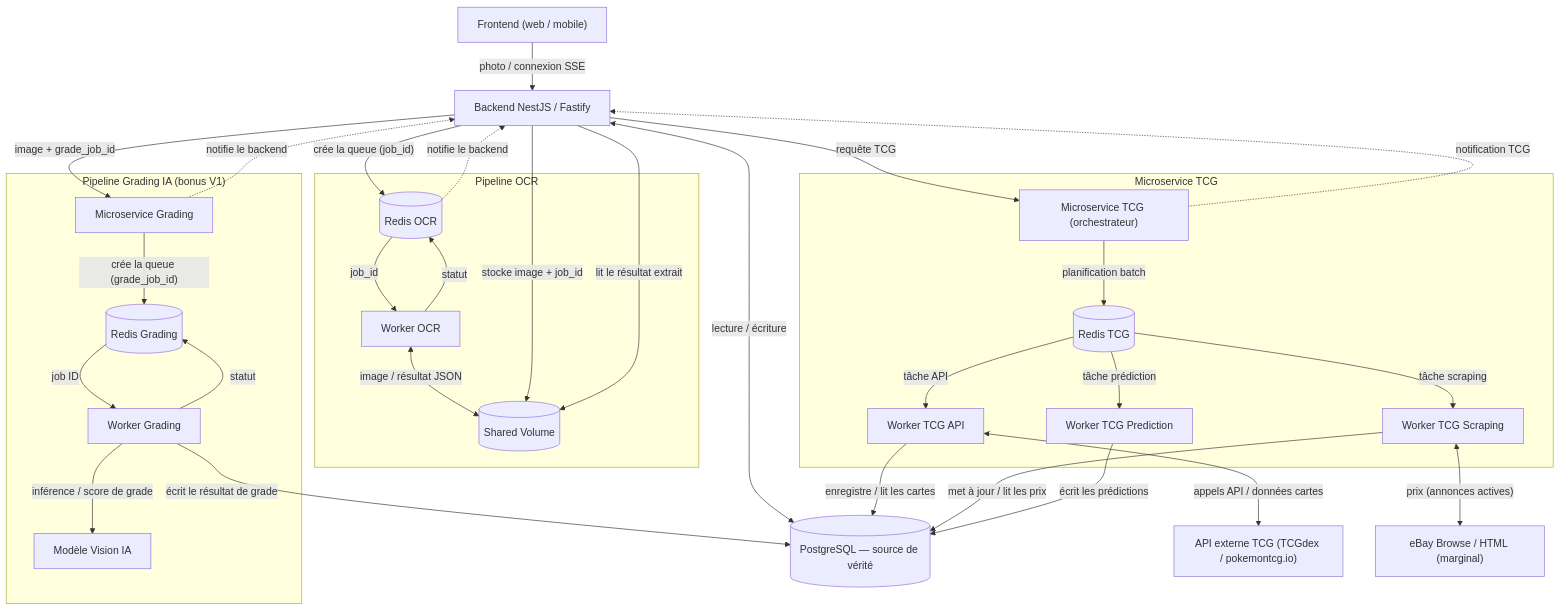
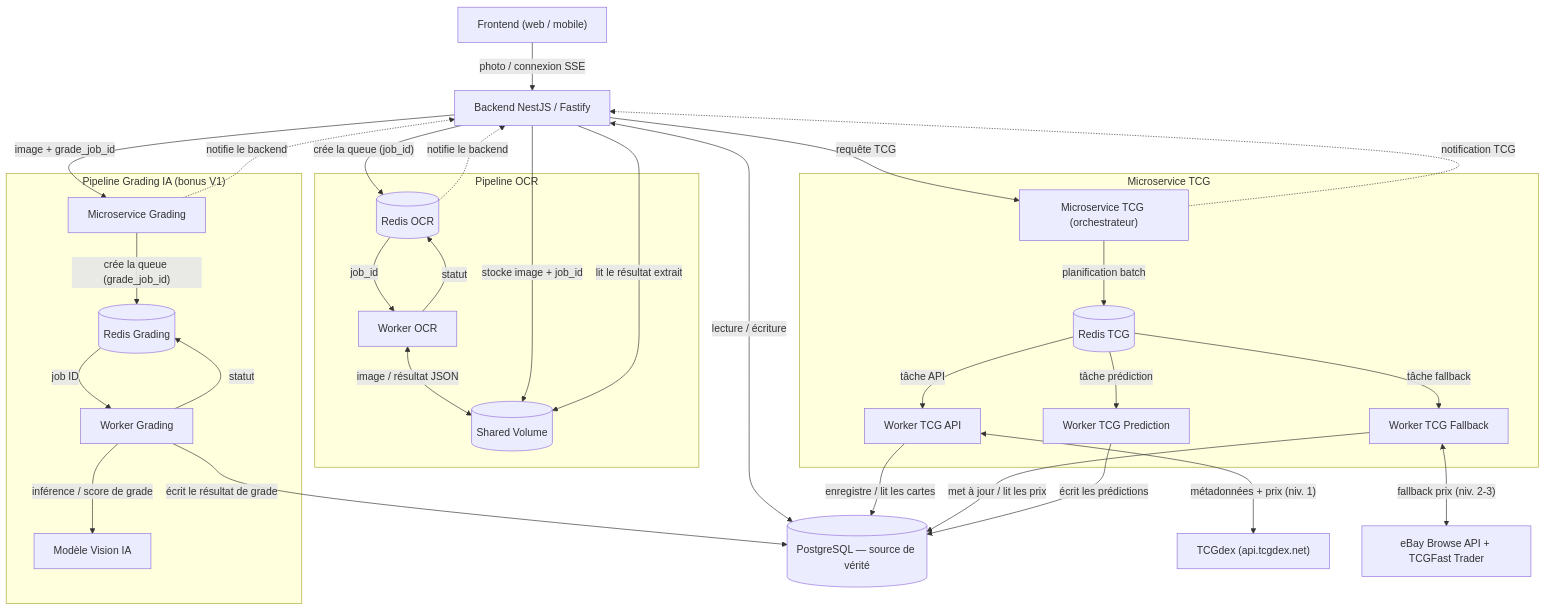
The diagram in docs/microservices/architecture_microservices.md (Collectionr/collectionr_epitech), drawn with Mermaid before and after one commit. The commit also changed other lines of this file and 5 other files, not shown here.

````diff
--- a/docs/microservices/architecture_microservices.md
+++ b/docs/microservices/architecture_microservices.md
@@ -35,55 +35,55 @@
 ```mermaid
 flowchart TB
     FE["Frontend (web / mobile)"]
     BE["Backend NestJS / Fastify"]
     DB[("PostgreSQL — source de vérité")]
 
     FE -->|"photo / connexion SSE"| BE
     BE <-->|"lecture / écriture"| DB
 
     subgraph TCG["Microservice TCG"]
         MTCG["Microservice TCG (orchestrateur)"]
         RTCG[("Redis TCG")]
         WAPI["Worker TCG API"]
-        WSCR["Worker TCG Scraping"]
+        WSCR["Worker TCG Fallback"]
         WPRED["Worker TCG Prediction"]
         MTCG -->|"planification batch"| RTCG
         RTCG -->|"tâche API"| WAPI
-        RTCG -->|"tâche scraping"| WSCR
+        RTCG -->|"tâche fallback"| WSCR
         RTCG -->|"tâche prédiction"| WPRED
     end
     BE -->|"requête TCG"| MTCG
     MTCG -.->|"notification TCG"| BE
-    WAPI <-->|"appels API / données cartes"| EXT["API externe TCG (TCGdex / pokemontcg.io)"]
-    WSCR <-->|"prix (annonces actives)"| MKT["eBay Browse / HTML (marginal)"]
+    WAPI <-->|"métadonnées + prix (niv. 1)"| EXT["TCGdex (api.tcgdex.net)"]
+    WSCR <-->|"fallback prix (niv. 2-3)"| MKT["eBay Browse API + TCGFast Trader"]
     WAPI -->|"enregistre / lit les cartes"| DB
     WSCR -->|"met à jour / lit les prix"| DB
     WPRED -->|"écrit les prédictions"| DB
 
     subgraph OCR["Pipeline OCR"]
         SV[("Shared Volume")]
         ROCR[("Redis OCR")]
         WOCR["Worker OCR"]
         ROCR -->|"job_id"| WOCR
         WOCR -->|"statut"| ROCR
         WOCR <-->|"image / résultat JSON"| SV
     end
     BE -->|"stocke image + job_id"| SV
     BE -->|"crée la queue (job_id)"| ROCR
     ROCR -.->|"notifie le backend"| BE
     BE -->|"lit le résultat extrait"| SV
 
     subgraph GRAD["Pipeline Grading IA (bonus V1)"]
         MGRAD["Microservice Grading"]
         RGRAD[("Redis Grading")]
         WGRAD["Worker Grading"]
         VIS["Modèle Vision IA"]
         MGRAD -->|"crée la queue (grade_job_id)"| RGRAD
         RGRAD -->|"job ID"| WGRAD
         WGRAD -->|"statut"| RGRAD
         WGRAD -->|"inférence / score de grade"| VIS
     end
     BE -->|"image + grade_job_id"| MGRAD
     MGRAD -.->|"notifie le backend"| BE
     WGRAD -->|"écrit le résultat de grade"| DB
 ```
````
